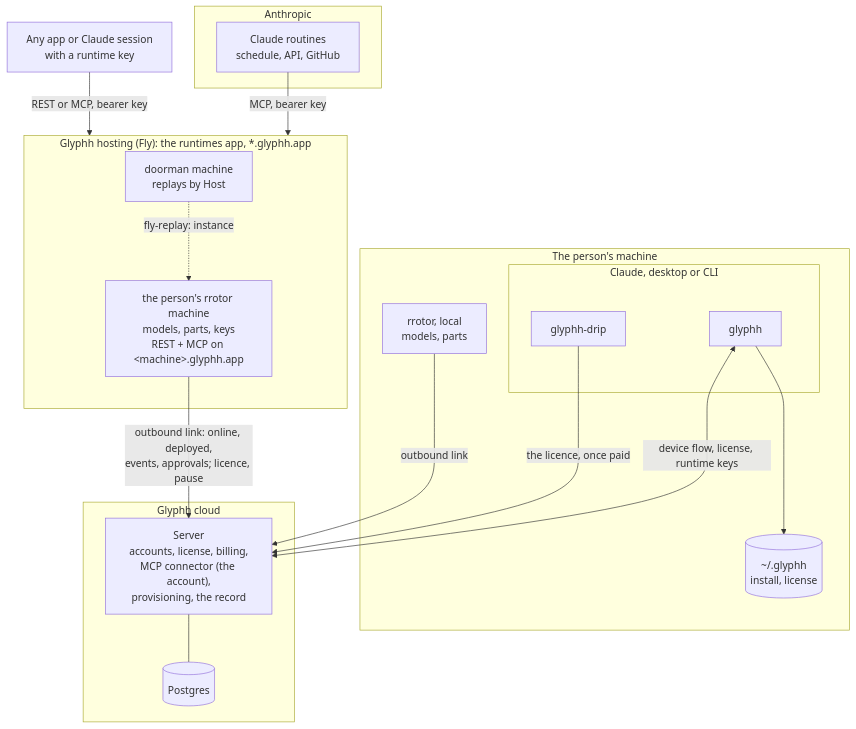
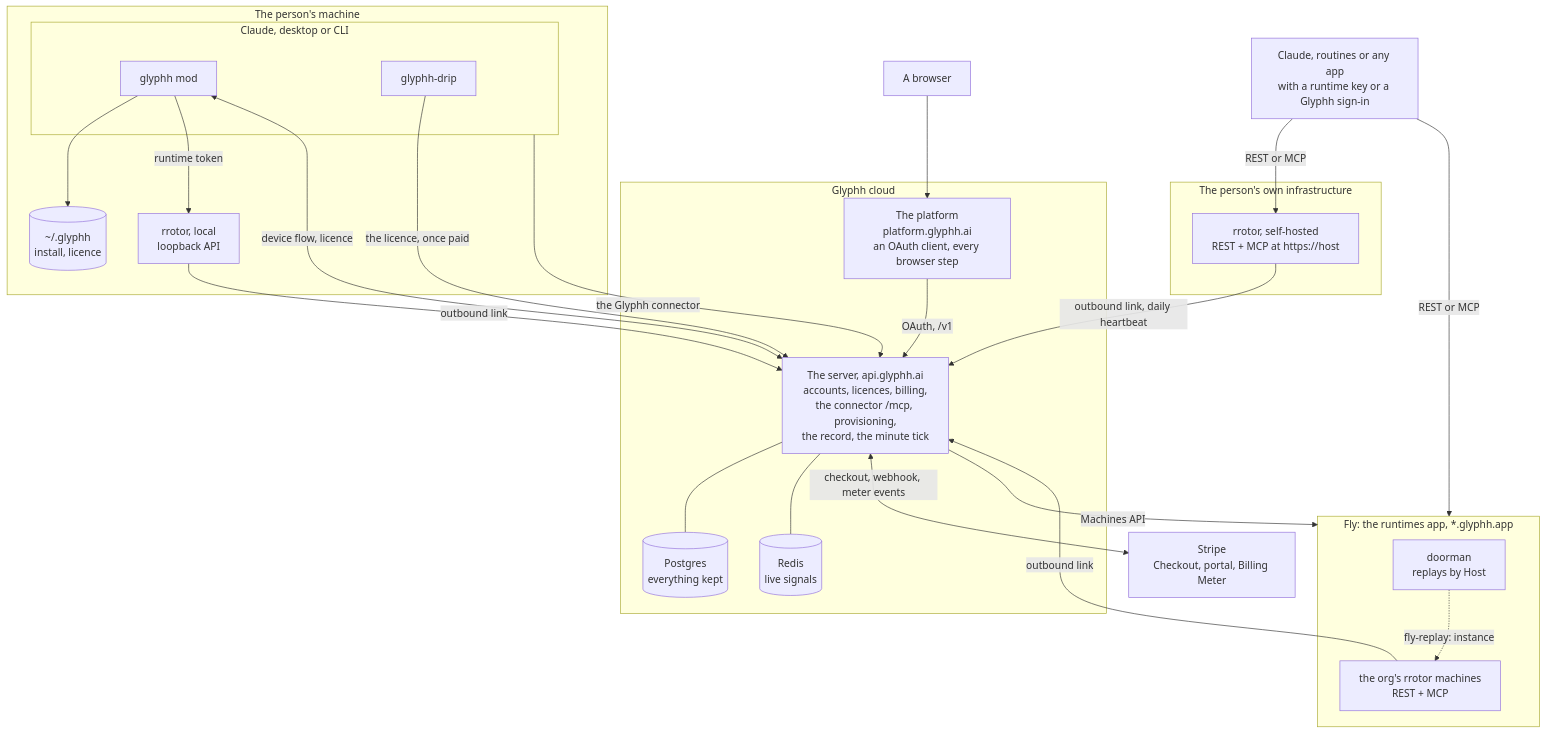
One commit to glyphh-ai/server changed the first of 5 diagrams in docs/architecture.md. Above: the diagram before and after it, drawn with Mermaid. The commit also changed other lines of this file and 9 other files, not shown here.

First line of the commit message:
Docs: architecture.md checked against the code: every route, setting, table and flow as built; roadmap.md folded into its Not built yet

````diff
--- a/docs/architecture.md
+++ b/docs/architecture.md
@@ -25,37 +25,49 @@
 ```mermaid
 flowchart TB
     subgraph Machine["The person's machine"]
         subgraph Claude["Claude, desktop or CLI"]
-            Base["glyphh"]
+            Base["glyphh mod"]
             Fun["glyphh-drip"]
         end
-        LocalRotor["rrotor, local<br/>models, parts"]
-        Local[("~/.glyphh<br/>install, license")]
+        LocalRotor["rrotor, local<br/>loopback API"]
+        Local[("~/.glyphh<br/>install, licence")]
         Base --> Local
+        Base -- "runtime token" --> LocalRotor
     end
 
-    subgraph Anthropic["Anthropic"]
-        Routine["Claude routines<br/>schedule, API, GitHub"]
+    Browser["A browser"]
+    Callers["Claude, routines or any app<br/>with a runtime key or a Glyphh sign-in"]
+    Stripe["Stripe<br/>Checkout, portal, Billing Meter"]
+
+    subgraph Cloud["Glyphh cloud"]
+        Platform["The platform<br/>platform.glyphh.ai<br/>an OAuth client, every browser step"]
+        API["The server, api.glyphh.ai<br/>accounts, licences, billing,<br/>the connector /mcp, provisioning,<br/>the record, the minute tick"]
+        DB[("Postgres<br/>everything kept")]
+        Redis[("Redis<br/>live signals")]
+        Platform -- "OAuth, /v1" --> API
+        API --- DB
+        API --- Redis
     end
 
-    Apps["Any app or Claude session<br/>with a runtime key"]
-
-    subgraph Cloud["Glyphh cloud"]
-        API["Server<br/>accounts, license, billing,<br/>MCP connector (the account),<br/>provisioning, the record"]
-        DB[("Postgres")]
-        API --- DB
-    end
-
-    subgraph Fly["Glyphh hosting (Fly): the runtimes app, *.glyphh.app"]
-        Door["doorman machine<br/>replays by Host"]
-        Rotor["the person's rrotor machine<br/>models, parts, keys<br/>REST + MCP on &lt;machine&gt;.glyphh.app"]
+    subgraph Fly["Fly: the runtimes app, *.glyphh.app"]
+        Door["doorman<br/>replays by Host"]
+        Rotor["the org's rrotor machines<br/>REST + MCP"]
         Door -. "fly-replay: instance" .-> Rotor
     end
 
-    Base <-- "device flow, license, runtime keys" --> API
+    subgraph Own["The person's own infrastructure"]
+        Self["rrotor, self-hosted<br/>REST + MCP at https://host"]
+    end
+
+    Browser --> Platform
+    Base <-- "device flow, licence" --> API
     Fun -- "the licence, once paid" --> API
-    Routine -- "MCP, bearer key" --> Fly
-    Apps -- "REST or MCP, bearer key" --> Fly
-    Rotor -- "outbound link: online, deployed,<br/>events, approvals; licence, pause" --> API
+    Claude -- "the Glyphh connector" --> API
+    Callers -- "REST or MCP" --> Fly
+    Callers -- "REST or MCP" --> Self
+    Rotor -- "outbound link" --> API
     LocalRotor -- "outbound link" --> API
+    Self -- "outbound link, daily heartbeat" --> API
+    API -- "Machines API" --> Fly
+    API <-- "checkout, webhook, meter events" --> Stripe
 ```
````
